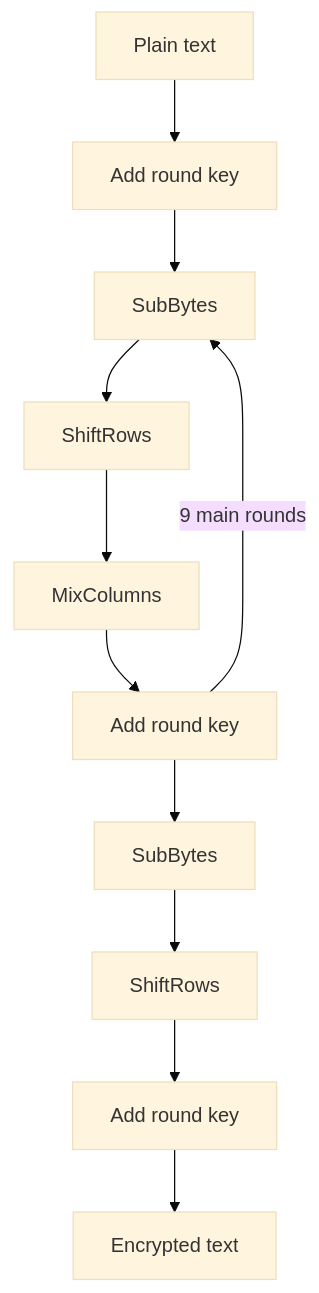
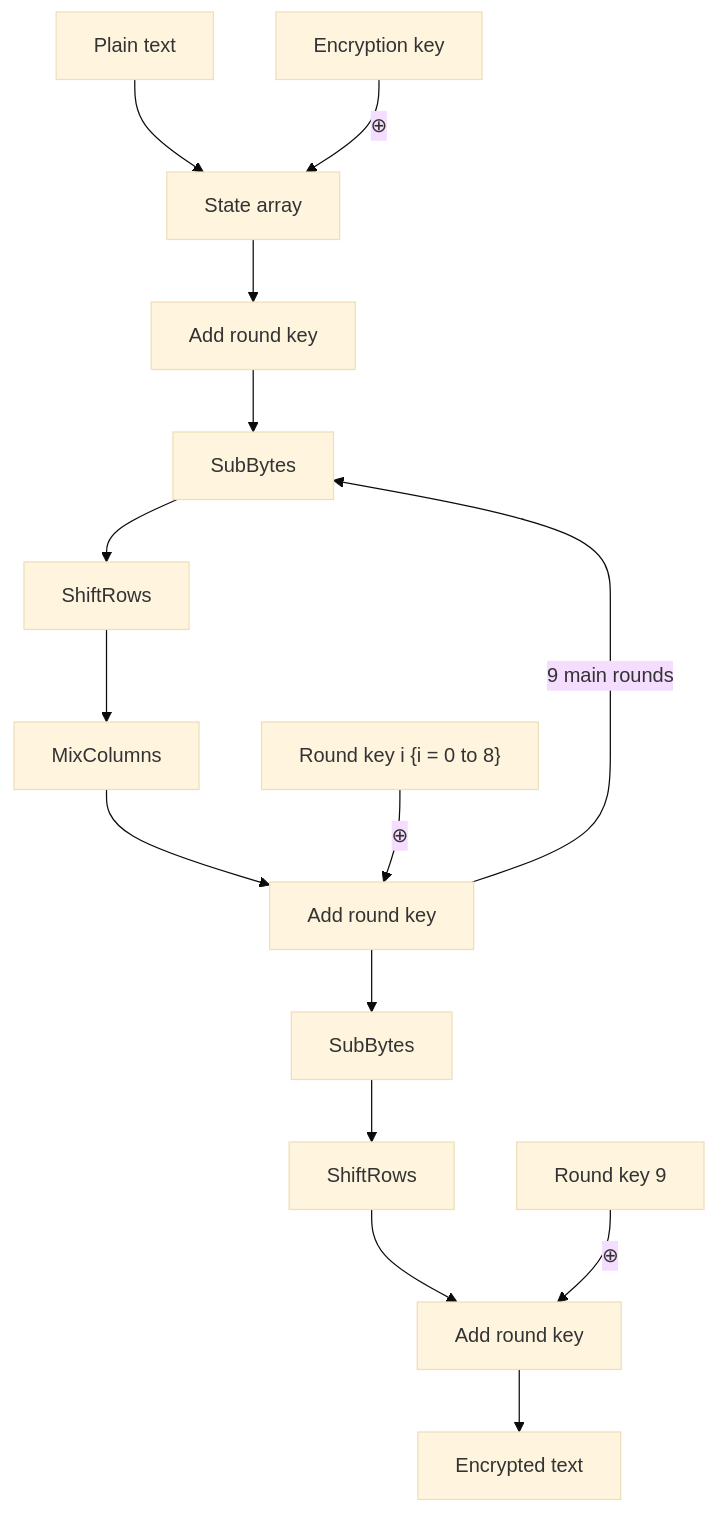
The diagram in Algorithms/Cryptography/AES/README.md (TranPhucVinh/Cplusplus), drawn with Mermaid (base theme) before and after one commit.

Commit message:
AES flowchart including XORing operation with round key

````diff
--- a/Algorithms/Cryptography/AES/README.md
+++ b/Algorithms/Cryptography/AES/README.md
@@ -7,5 +7,8 @@
 ```mermaid
-flowchart TD
-    A["Plain text"] --> B["Add round key"] --> C["SubBytes"] --> D["ShiftRows"] --> E["MixColumns"] --> F["Add round key"] -- "9 main rounds" --> C
+flowchart TB
+    A["Plain text"] --> B1["State array"] --> B2["Add round key"] --> C["SubBytes"] --> D["ShiftRows"] --> E["MixColumns"] --> F["Add round key"] -- "9 main rounds" --> C
     F --> G["SubBytes"] --> H["ShiftRows"] --> I["Add round key"] --> J["Encrypted text"]
+	EN["Encryption key"] -- "⊕" --> B1
+    R1["Round key i {i = 0 to 8}"] -- "⊕" --> F
+    R2["Round key 9 "]  -- "⊕" --> I
 ```
````
